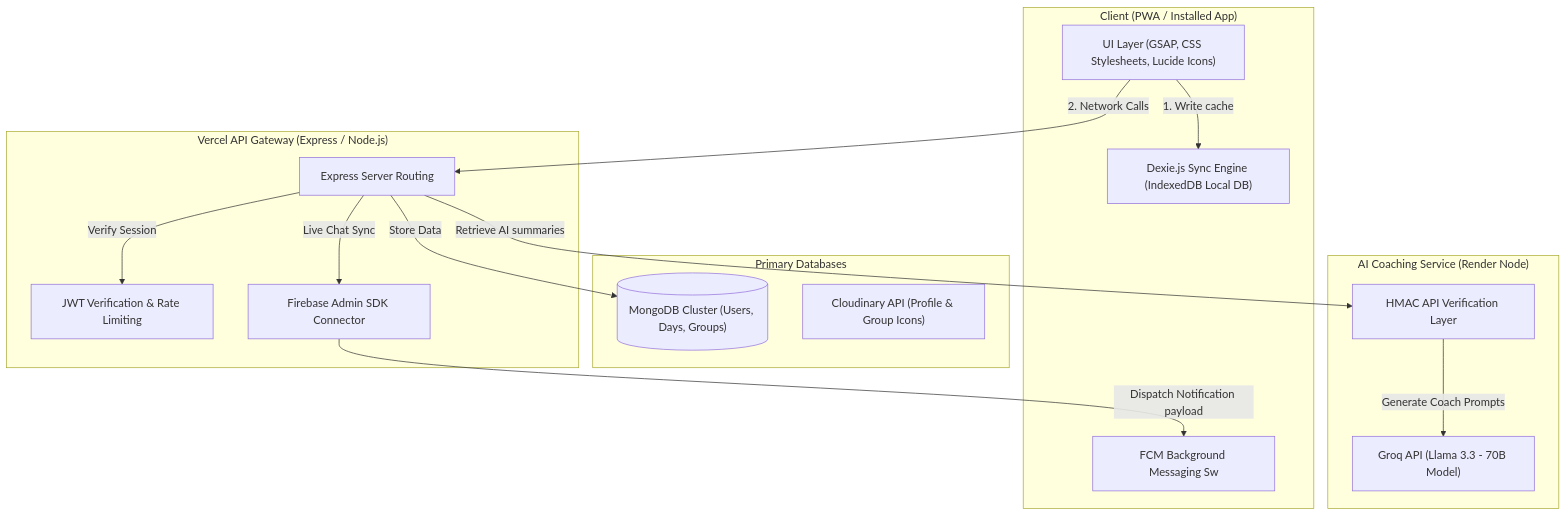
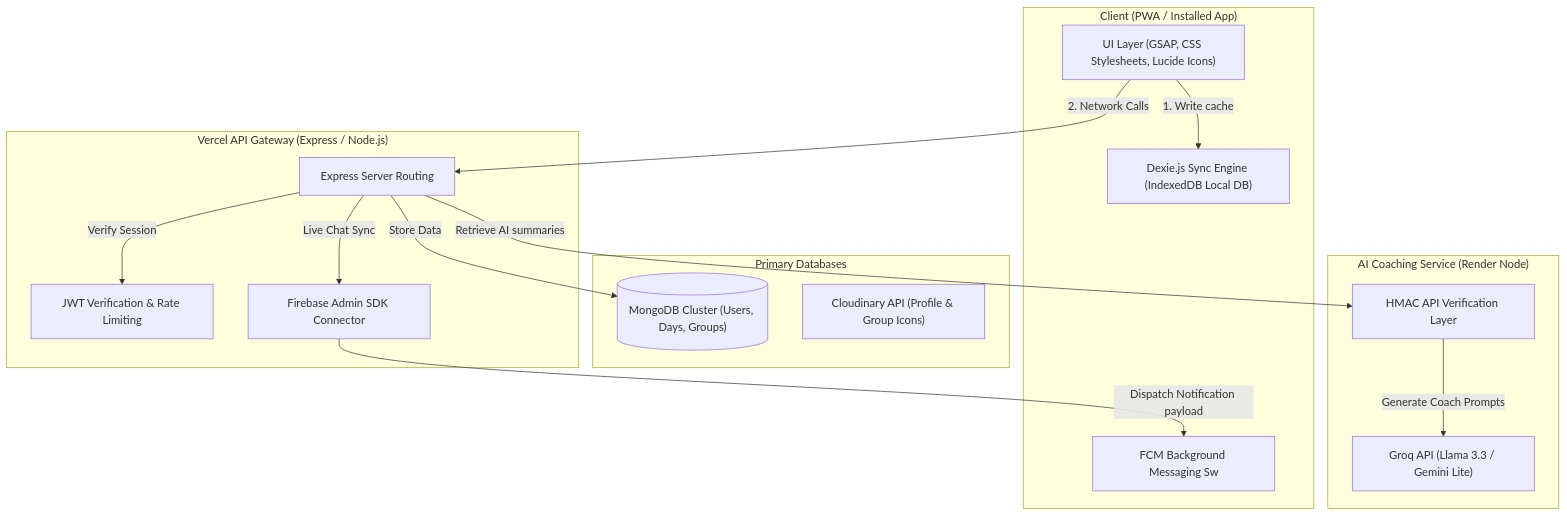
One commit to BIKRAM-GORAI/consistency changed the first of 2 diagrams in README.md. Above: the diagram before and after it, drawn with Mermaid. The commit also changed other lines of this file, not shown here.

````diff
--- a/README.md
+++ b/README.md
@@ -84,34 +83,34 @@
 ```mermaid
 graph TD
     subgraph Client ["Client (PWA / Installed App)"]
         UI["UI Layer (GSAP, CSS Stylesheets, Lucide Icons)"]
         SyncEngine["Dexie.js Sync Engine (IndexedDB Local DB)"]
         FCM_Client["FCM Background Messaging Sw"]
     end
 
     subgraph Backend ["Vercel API Gateway (Express / Node.js)"]
         Router["Express Server Routing"]
         Auth["JWT Verification & Rate Limiting"]
         AdminSDK["Firebase Admin SDK Connector"]
     end
 
     subgraph CoreDB ["Primary Databases"]
         Mongo[("MongoDB Cluster (Users, Days, Groups)")]
         Cloudinary["Cloudinary API (Profile & Group Icons)"]
     end
 
     subgraph AI_Core ["AI Coaching Service (Render Node)"]
         Proxy["HMAC API Verification Layer"]
-        Groq["Groq API (Llama 3.3 - 70B Model)"]
+        Groq["Groq API (Llama 3.3 / Gemini Lite)"]
     end
 
     %% Connection mappings
     UI -->|1. Write cache| SyncEngine
     UI -->|2. Network Calls| Router
     Router -->|Verify Session| Auth
     Router -->|Store Data| Mongo
     Router -->|Retrieve AI summaries| Proxy
     Proxy -->|Generate Coach Prompts| Groq
     Router -->|Live Chat Sync| AdminSDK
     AdminSDK -->|Dispatch Notification payload| FCM_Client
 ```
````
